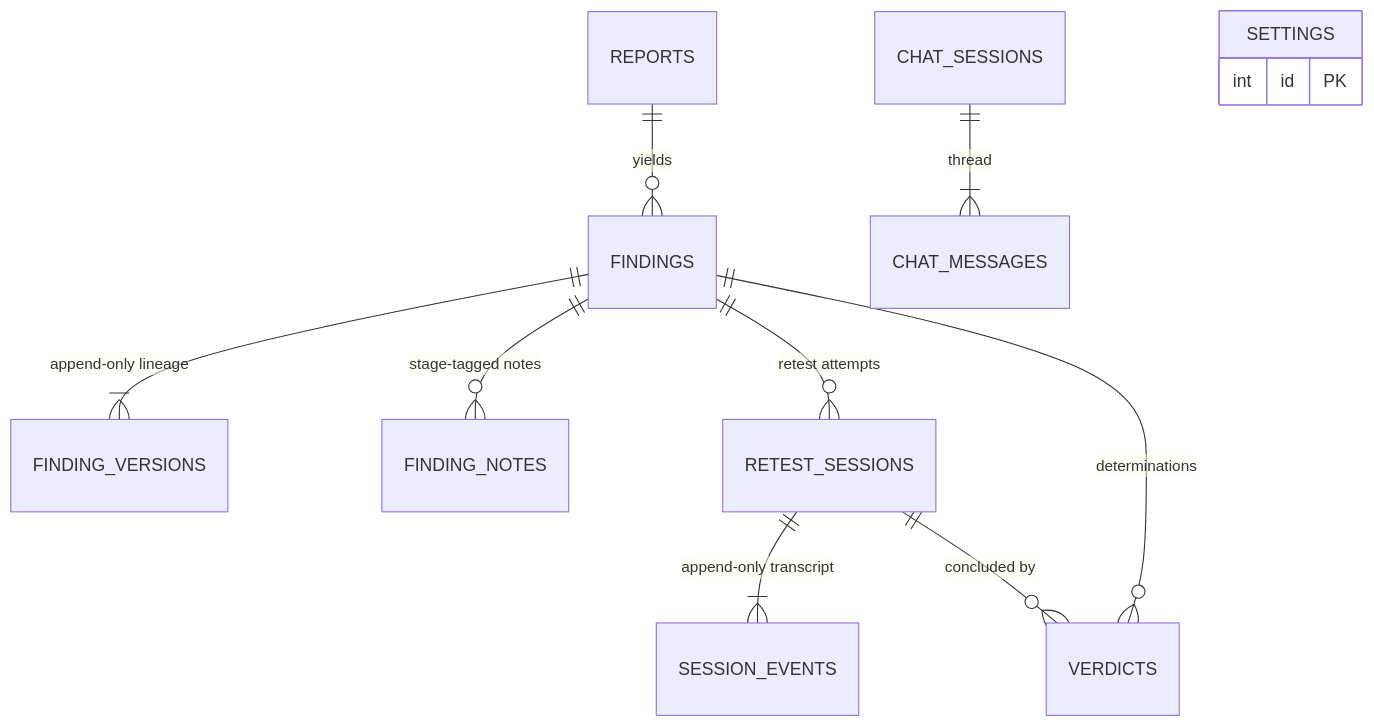
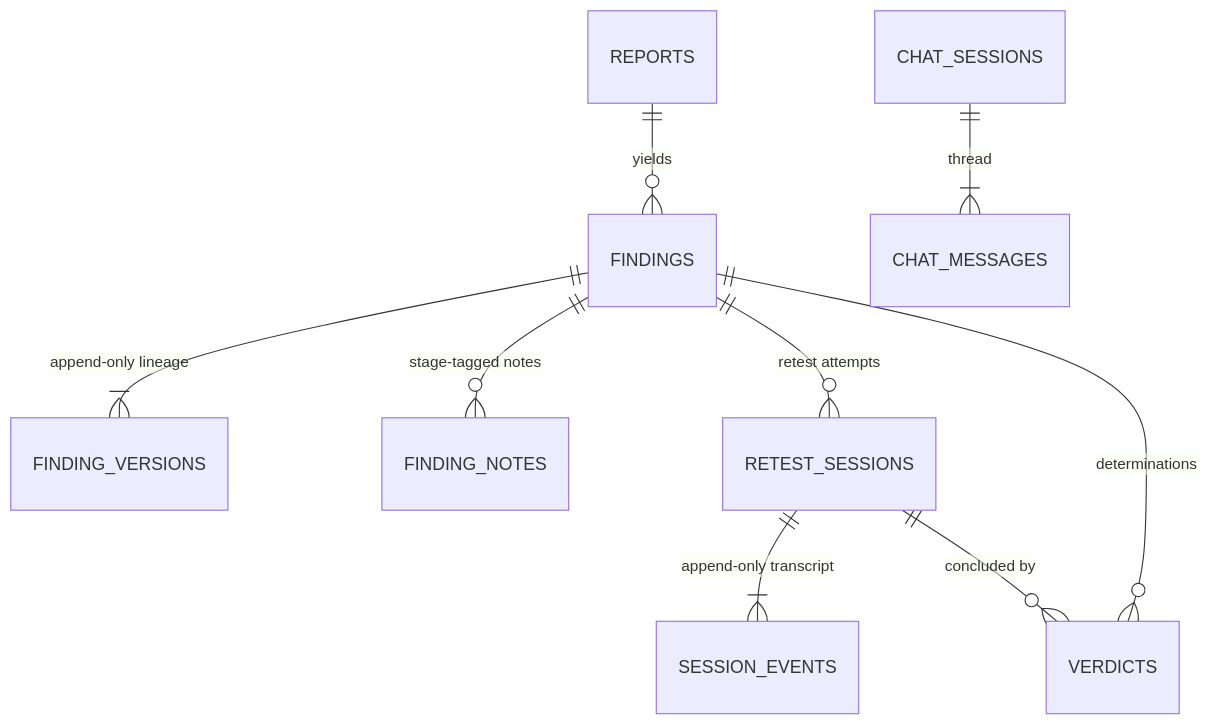
The first of 6 diagrams in docs/architecture/data-model.md (SelfishCoconut/revalid), drawn with Mermaid before and after one commit. The commit also changed other lines of this file and 17 other files, not shown here.

````diff
--- a/docs/architecture/data-model.md
+++ b/docs/architecture/data-model.md
@@ -21,14 +21,11 @@
 ```mermaid
 erDiagram
     REPORTS ||--o{ FINDINGS : "yields"
     FINDINGS ||--|{ FINDING_VERSIONS : "append-only lineage"
     FINDINGS ||--o{ FINDING_NOTES : "stage-tagged notes"
     FINDINGS ||--o{ RETEST_SESSIONS : "retest attempts"
     FINDINGS ||--o{ VERDICTS : "determinations"
     RETEST_SESSIONS ||--|{ SESSION_EVENTS : "append-only transcript"
     RETEST_SESSIONS ||--o{ VERDICTS : "concluded by"
     CHAT_SESSIONS ||--|{ CHAT_MESSAGES : "thread"
-    SETTINGS {
-        int id PK
-    }
 ```
````
